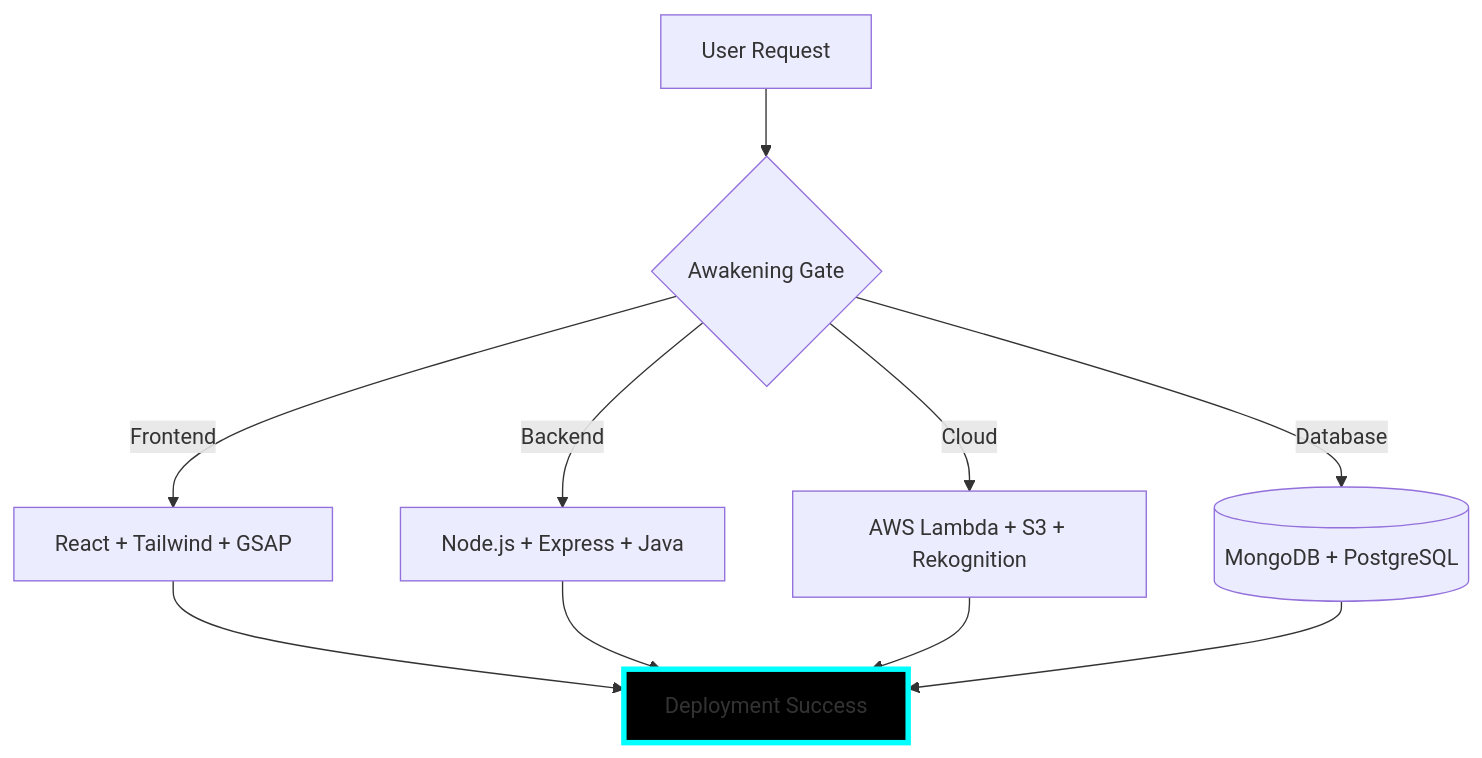
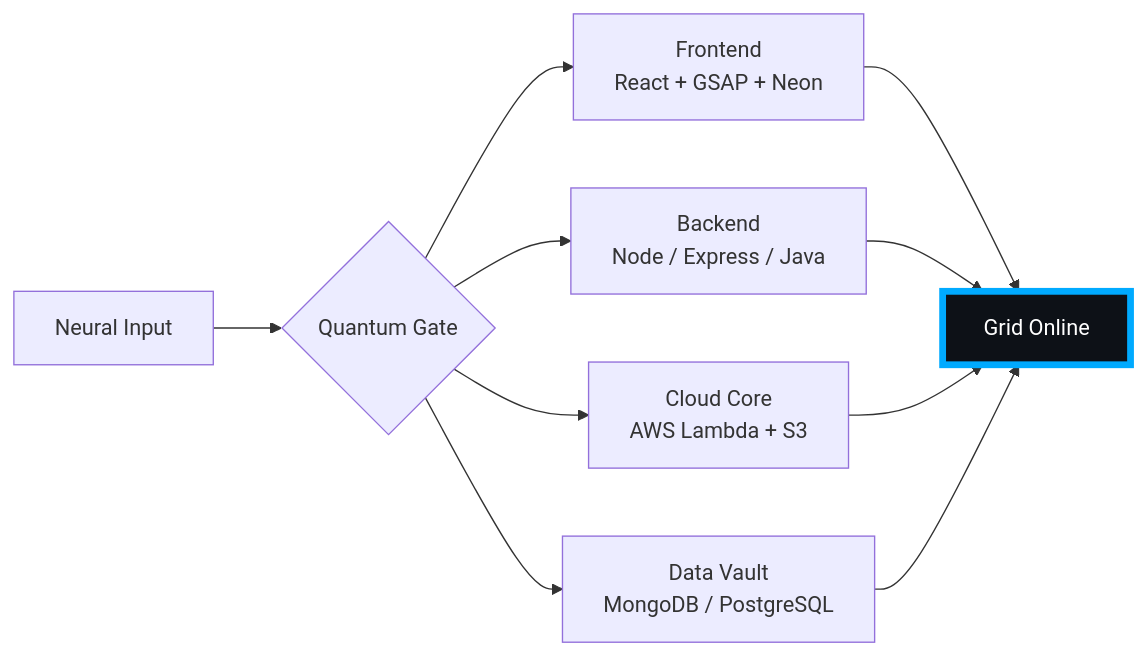
The diagram in README.md (pendemvamsi/pendemvamsi), drawn with Mermaid before and after one commit. The commit also changed other lines of this file and 1 other file, not shown here.

````diff
--- a/README.md
+++ b/README.md
@@ -31,10 +32,10 @@
 ```mermaid
-flowchart TD
-    A[User Request] --> B{Awakening Gate}
-    B -->|Frontend| C[React + Tailwind + GSAP]
-    B -->|Backend| D[Node.js + Express + Java]
-    B -->|Cloud| E[AWS Lambda + S3 + Rekognition]
-    B -->|Database| F[(MongoDB + PostgreSQL)]
-    C & D & E & F --> G[Deployment Success]
-    style G fill:#000,stroke:#0ff,stroke-width:4px
+flowchart LR
+    U[Neural Input] --> G{Quantum Gate}
+    G --> F[Frontend<br>React + GSAP + Neon]
+    G --> B[Backend<br>Node / Express / Java]
+    G --> C[Cloud Core<br>AWS Lambda + S3]
+    G --> D[Data Vault<br>MongoDB / PostgreSQL]
+    F & B & C & D --> O[Grid Online]
+    style O fill:#0d1117,stroke:#00AAFF,stroke-width:5px,color:#fff
 ```
````
